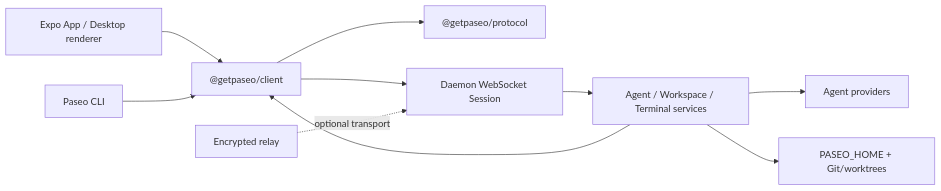
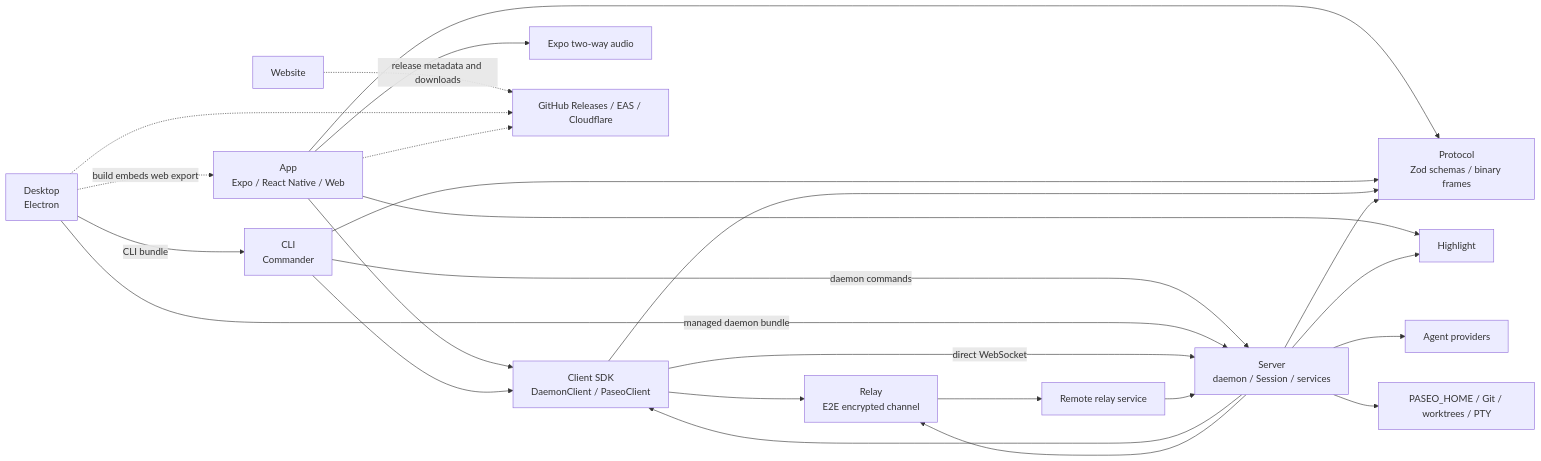
Before and after one commit to staoran/paseo-reforged: the first of 3 diagrams in mydocs/codemap/2026-07-20_01-47_Paseo项目总图.md, drawn with Mermaid. The commit also changed other lines of this file, not shown here.

````diff
--- a/mydocs/codemap/2026-07-20_01-47_Paseo项目总图.md
+++ b/mydocs/codemap/2026-07-20_01-47_Paseo项目总图.md
@@ -196,12 +49,42 @@
 ```mermaid
 flowchart LR
-  App["Expo App / Desktop renderer"] --> Client["@getpaseo/client"]
-  CLI["Paseo CLI"] --> Client
-  Client --> Protocol["@getpaseo/protocol"]
-  Client --> WS["Daemon WebSocket Session"]
-  Relay["Encrypted relay"] -. "optional transport" .-> WS
-  WS --> Services["Agent / Workspace / Terminal services"]
-  Services --> Providers["Agent providers"]
-  Services --> Storage["PASEO_HOME + Git/worktrees"]
-  Services --> Client
+  App["App<br/>Expo / React Native / Web"]
+  CLI["CLI<br/>Commander"]
+  Desktop["Desktop<br/>Electron"]
+  Website["Website"]
+  Client["Client SDK<br/>DaemonClient / PaseoClient"]
+  Protocol["Protocol<br/>Zod schemas / binary frames"]
+  Relay["Relay<br/>E2E encrypted channel"]
+  Server["Server<br/>daemon / Session / services"]
+  Highlight["Highlight"]
+  Audio["Expo two-way audio"]
+  Providers["Agent providers"]
+  LocalState["PASEO_HOME / Git / worktrees / PTY"]
+  RelayService["Remote relay service"]
+  Release["GitHub Releases / EAS / Cloudflare"]
+
+  App --> Client
+  App --> Protocol
+  App --> Highlight
+  App --> Audio
+  CLI --> Client
+  CLI --> Protocol
+  CLI -->|"daemon commands"| Server
+  Desktop -->|"managed daemon bundle"| Server
+  Desktop -->|"CLI bundle"| CLI
+  Desktop -.->|"build embeds web export"| App
+  Client --> Protocol
+  Client --> Relay
+  Client -->|"direct WebSocket"| Server
+  Relay --> RelayService
+  RelayService --> Server
+  Server --> Protocol
+  Server --> Client
+  Server --> Relay
+  Server --> Highlight
+  Server --> Providers
+  Server --> LocalState
+  Website -.->|"release metadata and downloads"| Release
+  Desktop -.-> Release
+  App -.-> Release
 ```
````
